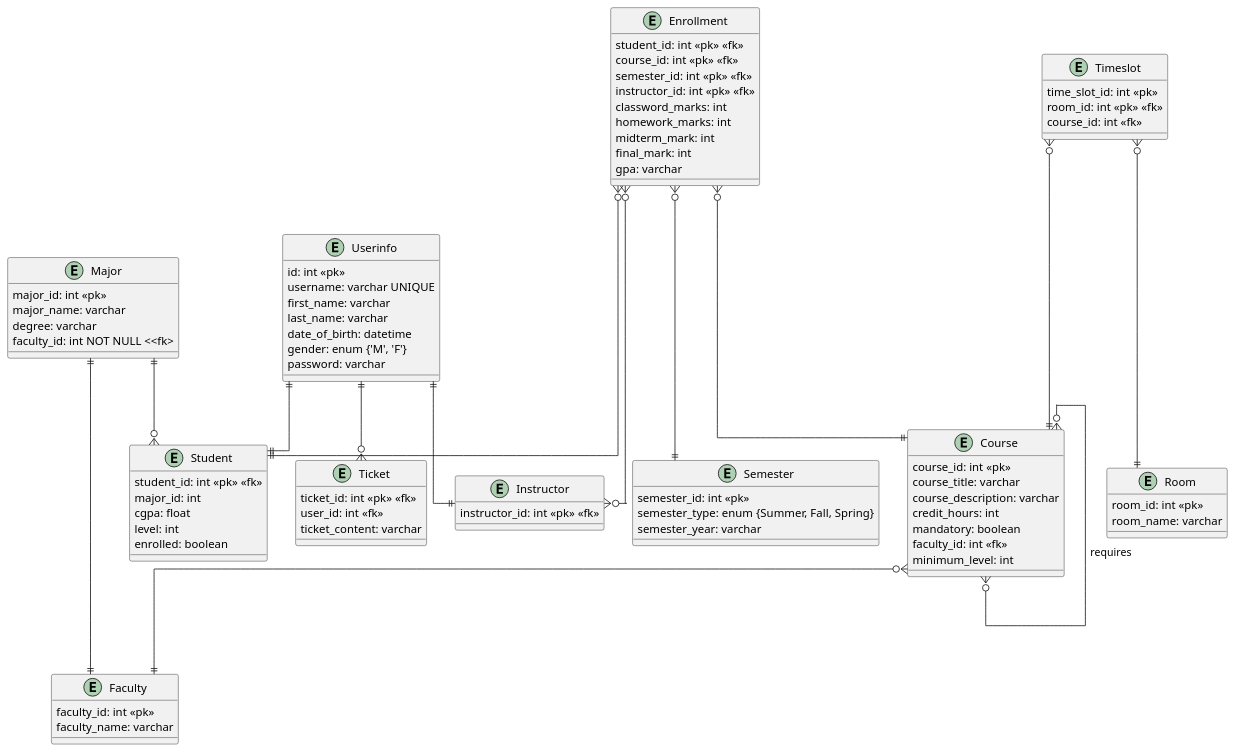
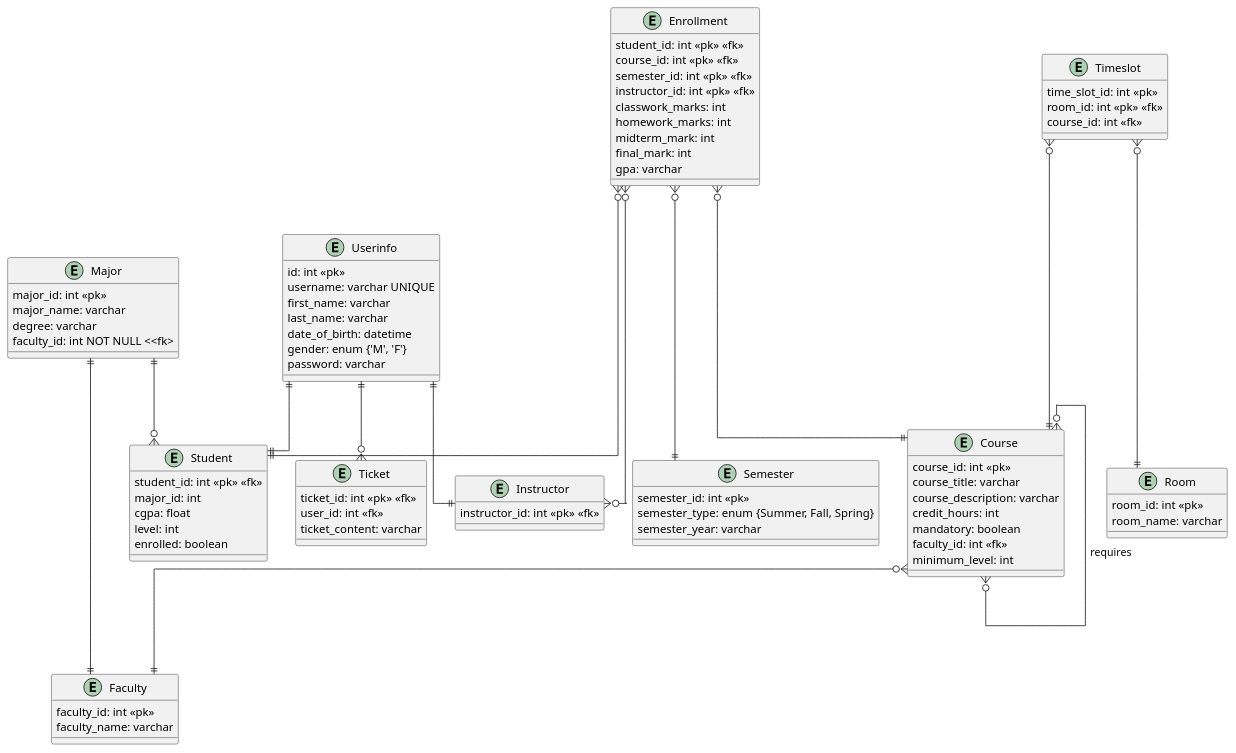
Before and after one commit to Mo2men66/project-sis: the diagram in docs/erd.pu, drawn with PlantUML.

Commit message:
docs: erd: fix typo

```diff
--- a/docs/erd.pu
+++ b/docs/erd.pu
@@ -1,103 +1,103 @@
 @startuml
 
 skinparam linetype ortho
 
 Entity Userinfo {
     id: int <<pk>>
     username: varchar UNIQUE
     first_name: varchar
     last_name: varchar
     date_of_birth: datetime
     gender: enum {'M', 'F'}
     password: varchar
 }
 
 Entity Student {
     student_id: int <<pk>> <<fk>>
     major_id: int
     cgpa: float
     level: int
     enrolled: boolean
 }
 
 Entity Instructor {
     instructor_id: int <<pk>> <<fk>>
 }
 
 Entity Ticket {
     ticket_id: int <<pk>> <<fk>>
     user_id: int <<fk>>
     ticket_content: varchar
 }
 
 Entity Semester {
     semester_id: int <<pk>>
     semester_type: enum {Summer, Fall, Spring}
     semester_year: varchar
 }
 
 Entity Enrollment {
     student_id: int <<pk>> <<fk>>
     course_id: int <<pk>> <<fk>>
     semester_id: int <<pk>> <<fk>>
     instructor_id: int <<pk>> <<fk>>
-    classword_marks: int
+    classwork_marks: int
     homework_marks: int
     midterm_mark: int
     final_mark: int
     gpa: varchar
 }
 
 Entity Faculty {
     faculty_id: int <<pk>>
     faculty_name: varchar
 }
 
 Entity Major {
     major_id: int <<pk>>
     major_name: varchar
     degree: varchar
     faculty_id: int NOT NULL <<fk>
 
 }
 
 Entity Timeslot {
     time_slot_id: int <<pk>>
     room_id: int <<pk>> <<fk>>
     course_id: int <<fk>>
 
 }
 
 Entity Room {
     room_id: int <<pk>>
     room_name: varchar
 
 }
 
 Entity Course {
     course_id: int <<pk>>
     course_title: varchar
     course_description: varchar
     credit_hours: int
     mandatory: boolean
     faculty_id: int <<fk>>
     minimum_level: int
 
 }
 
 Userinfo ||--|| Instructor
 Userinfo ||--|| Student
 Userinfo ||--o{ Ticket
 Major ||--o{ Student
 Major ||--|| Faculty
 Enrollment }o---o{ Instructor
 Enrollment }o---|| Student
 Enrollment }o---|| Course
 Enrollment }o---|| Semester
 Course }o---|| Faculty
 Timeslot }o---|| Room
 Timeslot }o---|| Course
 
 Course }o---o{ Course: requires
 
 @enduml
```
